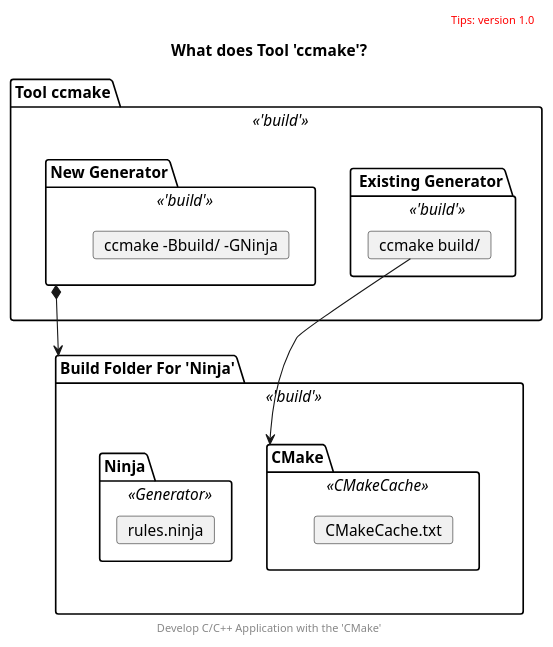
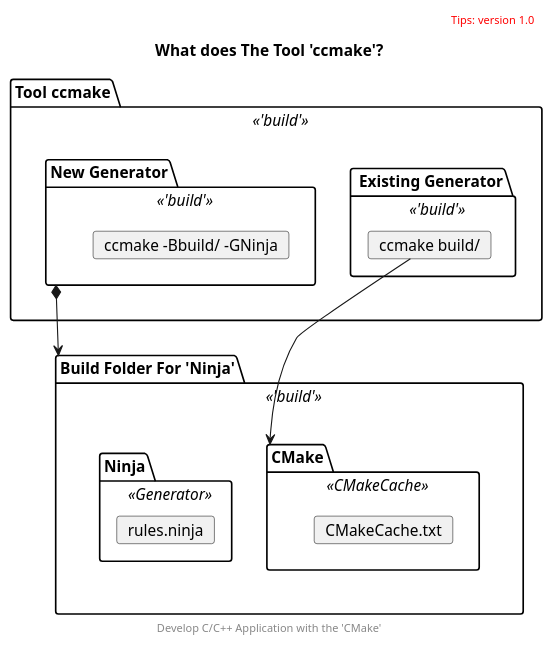
The diagram in uml/what.puml (cnruby/w3h1_cmake), drawn with PlantUML before and after one commit.

Commit message:
change what-puml

```diff
--- a/uml/what.puml
+++ b/uml/what.puml
@@ -1,35 +1,35 @@
 @startuml
 top to bottom direction
 package "Tool ccmake" <<'build'>> {
     package " Existing Generator" <<'build'>> as config {
         card "ccmake build/" as build
     }
     package "New Generator" <<'build'>> as new {
         'card "cmake -Bbuild/ -GNinja"
         card "ccmake -Bbuild/ -GNinja"
     }
 }
 package "Build Folder For 'Ninja'" <<'build'>> as build_folder {
     package "CMake" <<CMakeCache>> as cmake {
         card "CMakeCache.txt"
     }
     package "Ninja" <<Generator>> as ninja {
         card "rules.ninja"
     }
 }
 
 new *--> build_folder
 build --> cmake
 
 
 title
-    What does Tool 'ccmake'?
+    What does The Tool 'ccmake'?
 end title
 
 header
 <font color=red>Tips: version 1.0</font>
 endheader
 
 center footer Develop C/C++ Application with the 'CMake'
 
 @enduml
```
